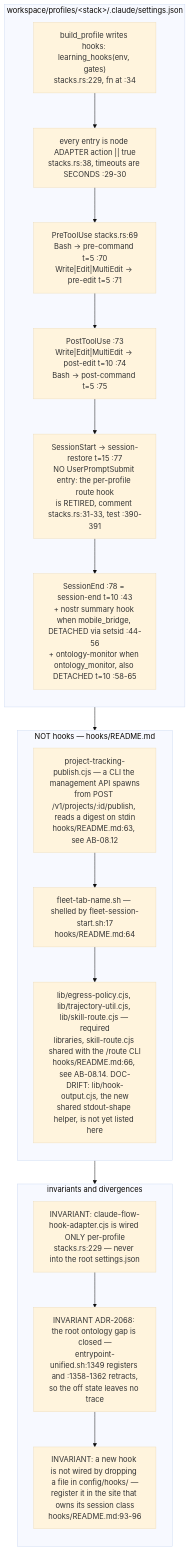
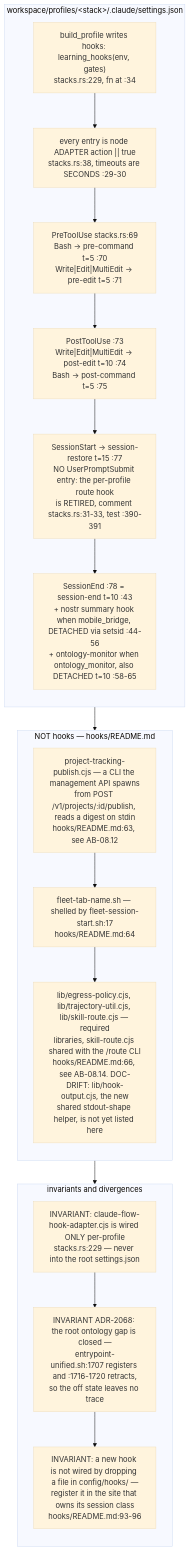
The second of 12 diagrams in docs/diagrams/agentbox/08-hooks-pipeline.md (DreamLab-AI/VisionFlow), drawn with Mermaid (base theme) before and after one commit. The commit also changed other lines of this file and 111 other files, not shown here.

Commit message:
docs(diagrams): align estate maps with current source

````diff
--- a/docs/diagrams/agentbox/08-hooks-pipeline.md
+++ b/docs/diagrams/agentbox/08-hooks-pipeline.md
@@ -108,28 +108,28 @@
 ```mermaid
 flowchart TB
     subgraph PP["workspace/profiles/#60;stack#62;/.claude/settings.json"]
     direction TB
     P0["build_profile writes hooks: learning_hooks#40;env, gates#41;<br/>stacks.rs:229, fn at :34"]
     P1["every entry is node ADAPTER action #124;#124; true<br/>stacks.rs:38, timeouts are SECONDS :29-30"]
     P2["PreToolUse stacks.rs:69<br/>Bash → pre-command t=5 :70<br/>Write#124;Edit#124;MultiEdit → pre-edit t=5 :71"]
     P3["PostToolUse :73<br/>Write#124;Edit#124;MultiEdit → post-edit t=10 :74<br/>Bash → post-command t=5 :75"]
     P4["SessionStart → session-restore t=15 :77<br/>NO UserPromptSubmit entry: the per-profile route hook<br/>is RETIRED, comment stacks.rs:31-33, test :390-391"]
     P5["SessionEnd :78 = session-end t=10 :43<br/>+ nostr summary hook when mobile_bridge, DETACHED via setsid :44-56<br/>+ ontology-monitor when ontology_monitor, also DETACHED t=10 :58-65"]
     P0 --> P1 --> P2 --> P3 --> P4 --> P5
     end
     subgraph NOT["NOT hooks — hooks/README.md"]
     direction TB
     N1["project-tracking-publish.cjs — a CLI the management API spawns<br/>from POST /v1/projects/:id/publish, reads a digest on stdin<br/>hooks/README.md:63, see AB-08.12"]
     N2["fleet-tab-name.sh — shelled by fleet-session-start.sh:17<br/>hooks/README.md:64"]
     N3["lib/egress-policy.cjs, lib/trajectory-util.cjs, lib/skill-route.cjs — required<br/>libraries, skill-route.cjs shared with the /route CLI<br/>hooks/README.md:66, see AB-08.14. DOC-DRIFT: lib/hook-output.cjs, the new<br/>shared stdout-shape helper, is not yet listed here"]
     N1 --> N2 --> N3
     end
     subgraph INV["invariants and divergences"]
     direction TB
     I1["INVARIANT: claude-flow-hook-adapter.cjs is wired ONLY per-profile<br/>stacks.rs:229 — never into the root settings.json"]
-    I2["INVARIANT ADR-2068: the root ontology gap is closed —<br/>entrypoint-unified.sh:1349 registers and :1358-1362 retracts,<br/>so the off state leaves no trace"]
+    I2["INVARIANT ADR-2068: the root ontology gap is closed —<br/>entrypoint-unified.sh:1707 registers and :1716-1720 retracts,<br/>so the off state leaves no trace"]
     I3["INVARIANT: a new hook is not wired by dropping a file in config/hooks/ —<br/>register it in the site that owns its session class<br/>hooks/README.md:93-96"]
     I1 --> I2 --> I3
     end
     PP --> NOT --> INV
 ```
````
